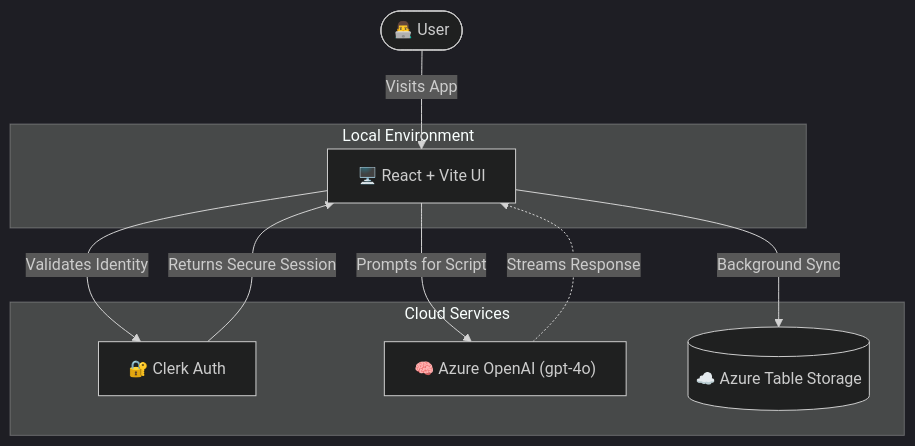
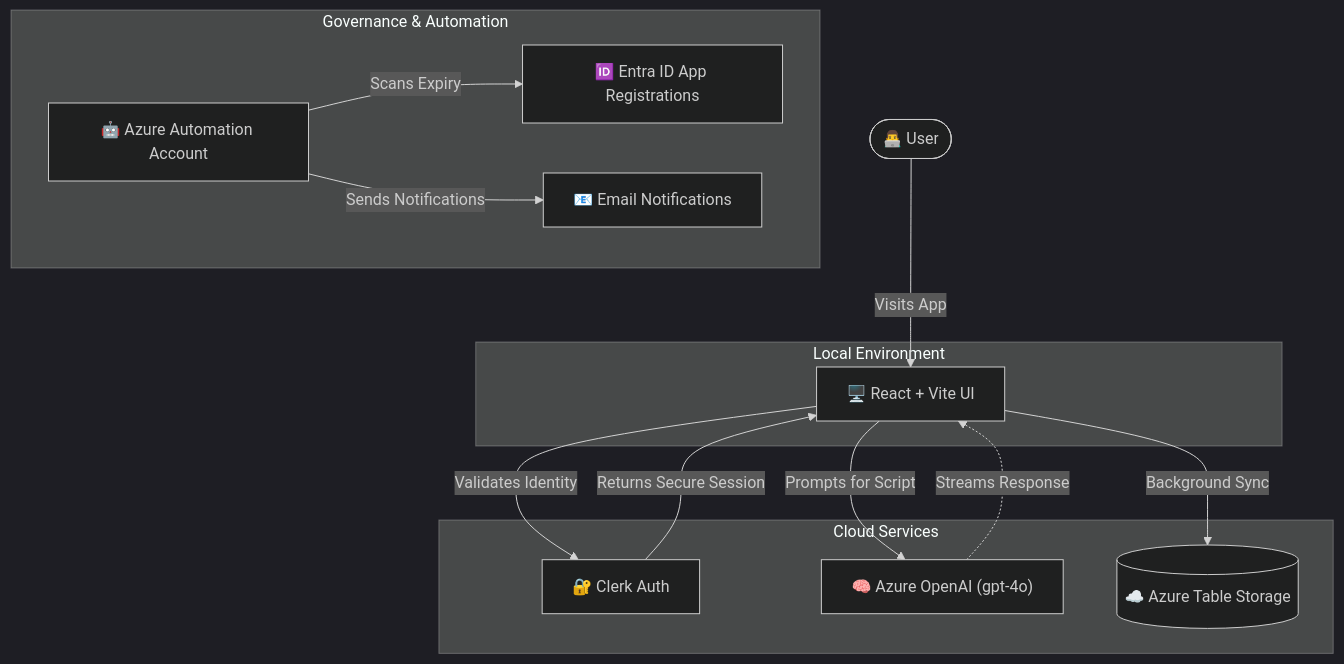
The first of 2 diagrams in README.md (ajf013/CruzOps-AI), drawn with Mermaid (dark theme) before and after one commit. The commit also changed other lines of this file and 2 other files, not shown here.

Commit message:
docs: update architecture and workflow for Azure Automation secret monitoring

````diff
--- a/README.md
+++ b/README.md
@@ -38,21 +38,27 @@
 ```mermaid
 graph TD
     User(["👨‍💻 User"]) --> |Visits App| UI["🖥️ React + Vite UI"]
     UI --> |Validates Identity| Clerk["🔐 Clerk Auth"]
     Clerk --> |Returns Secure Session| UI
     
     UI --> |Prompts for Script| OpenAI["🧠 Azure OpenAI (gpt-4o)"]
     OpenAI -.-> |Streams Response| UI
     
     UI --> |Background Sync| TableStorage[("☁️ Azure Table Storage")]
+
+    subgraph "Governance & Automation"
+        AA["🤖 Azure Automation Account"]
+        AA --> |Scans Expiry| Entra["🆔 Entra ID App Registrations"]
+        AA --> |Sends Notifications| Emails["📧 Email Notifications"]
+    end
     
     subgraph "Local Environment"
         UI
     end
     
     subgraph "Cloud Services"
         Clerk
         OpenAI
         TableStorage
     end
 ```
````
